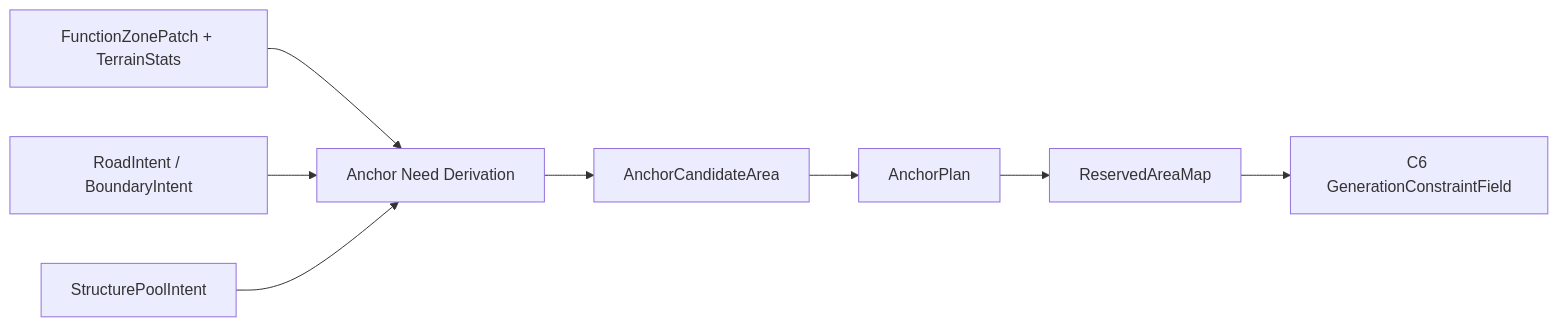
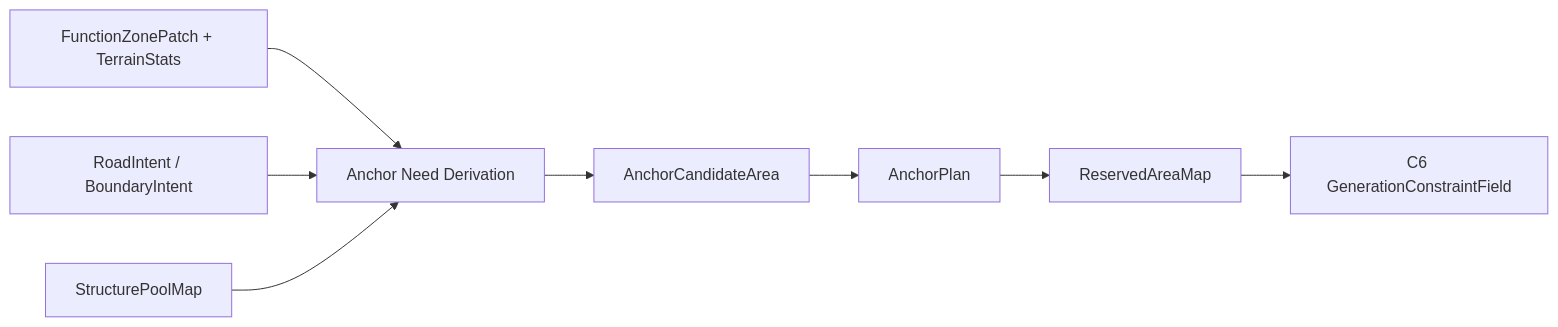
The diagram in docs/systems/city/10_product/案子/C5锚点与保留区-v0.1/README.md (RinsingEL/designer_territoryMod), drawn with Mermaid before and after one commit. The commit also changed other lines of this file and 20 other files, not shown here.

````diff
--- a/docs/systems/city/10_product/案子/C5锚点与保留区-v0.1/README.md
+++ b/docs/systems/city/10_product/案子/C5锚点与保留区-v0.1/README.md
@@ -36,10 +36,10 @@
 ```mermaid
 flowchart LR
   A["FunctionZonePatch + TerrainStats"] --> B["Anchor Need Derivation"]
   C["RoadIntent / BoundaryIntent"] --> B
-  D["StructurePoolIntent"] --> B
+  D["StructurePoolMap"] --> B
   B --> E["AnchorCandidateArea"]
   E --> F["AnchorPlan"]
   F --> G["ReservedAreaMap"]
   G --> H["C6 GenerationConstraintField"]
 ```
````
